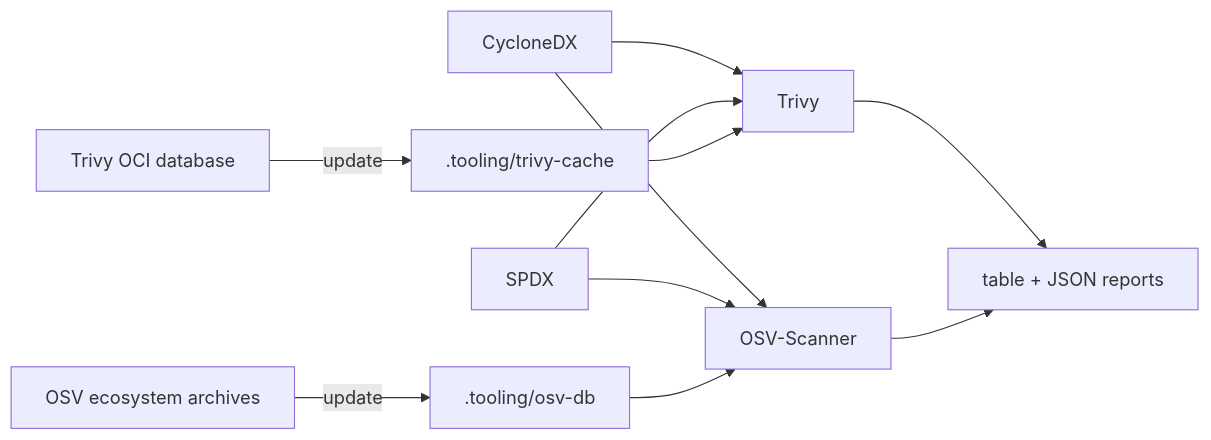
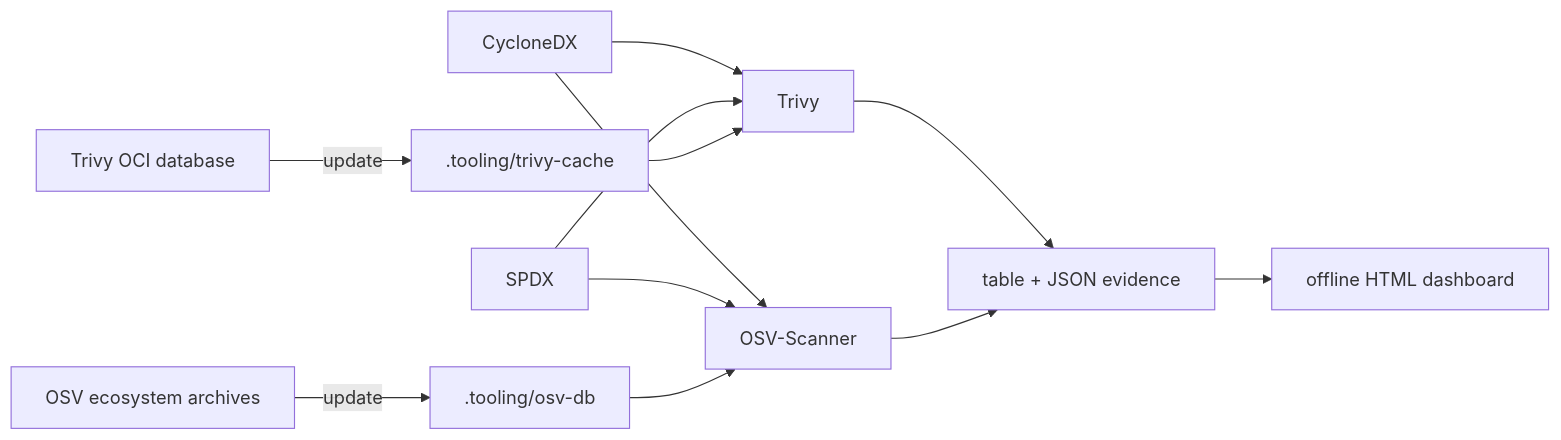
Before and after one commit to marcelpetrick/CroLingo: the first of 3 diagrams in docs/cveCheck.md, drawn with Mermaid. The commit also changed other lines of this file and 9 other files, not shown here.

````diff
--- a/docs/cveCheck.md
+++ b/docs/cveCheck.md
@@ -100,13 +124,14 @@
 ```mermaid
 flowchart LR
   TrivyDB["Trivy OCI database"] -->|"update"| TrivyCache[".tooling/trivy-cache"]
   OSVDB["OSV ecosystem archives"] -->|"update"| OSVCache[".tooling/osv-db"]
   CDX["CycloneDX"] --> Trivy["Trivy"]
   SPDX["SPDX"] --> Trivy
   CDX --> OSV["OSV-Scanner"]
   SPDX --> OSV
   TrivyCache --> Trivy
   OSVCache --> OSV
-  Trivy --> Reports["table + JSON reports"]
+  Trivy --> Reports["table + JSON evidence"]
   OSV --> Reports
+  Reports --> Dashboard["offline HTML dashboard"]
 ```
````
